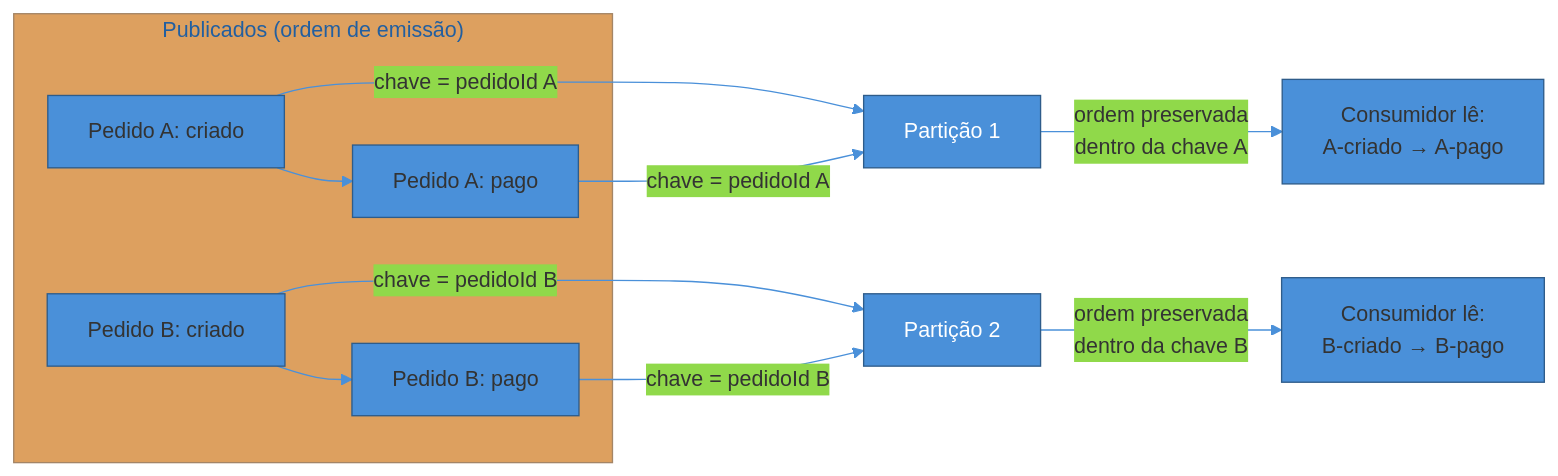
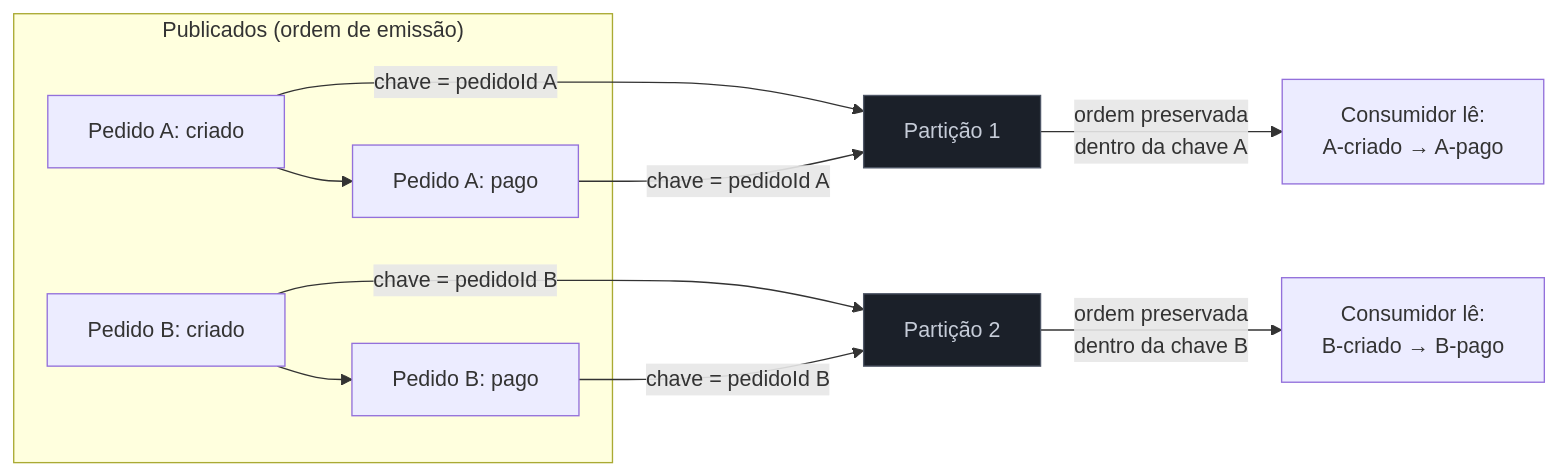
One commit to josenaldo/codex-technomanticus changed the second of 3 diagrams in 03-Dominios/Engenharia/Arquitetura/System Design/3 - Padrões recorrentes/01 - Pub-Sub e event-driven em escala.md. Above: the diagram before and after it, drawn with Mermaid. The commit also changed other lines of this file and 1181 other files, not shown here.

First line of the commit message:
fix(diagramas): paleta do sistema no lugar de cor cravada no markdown

````diff
--- a/03-Dominios/Engenharia/Arquitetura/System Design/3 - Padrões recorrentes/01 - Pub-Sub e event-driven em escala.md
+++ b/03-Dominios/Engenharia/Arquitetura/System Design/3 - Padrões recorrentes/01 - Pub-Sub e event-driven em escala.md
@@ -129,16 +131,16 @@
 ```mermaid
-%%{init: {"theme": "base", "themeVariables": {"primaryColor": "#4A90D9", "primaryBorderColor": "#2E5C8A", "lineColor": "#4A90D9"}}}%%
 graph LR
+    classDef neutro fill:#1B2029,stroke:#4E5666,color:#C6CCD8
     subgraph PUB["Publicados (ordem de emissão)"]
         A1["Pedido A: criado"] --> A2["Pedido A: pago"]
         B1["Pedido B: criado"] --> B2["Pedido B: pago"]
     end
     A1 -->|"chave = pedidoId A"| PA["Partição 1"]
     A2 -->|"chave = pedidoId A"| PA
     B1 -->|"chave = pedidoId B"| PB["Partição 2"]
     B2 -->|"chave = pedidoId B"| PB
     PA -->|"ordem preservada<br/>dentro da chave A"| CA["Consumidor lê:<br/>A-criado → A-pago"]
     PB -->|"ordem preservada<br/>dentro da chave B"| CB["Consumidor lê:<br/>B-criado → B-pago"]
-    style PA fill:#4A90D9,color:#fff
-    style PB fill:#4A90D9,color:#fff
+    class PA neutro
+    class PB neutro
 ```
````
